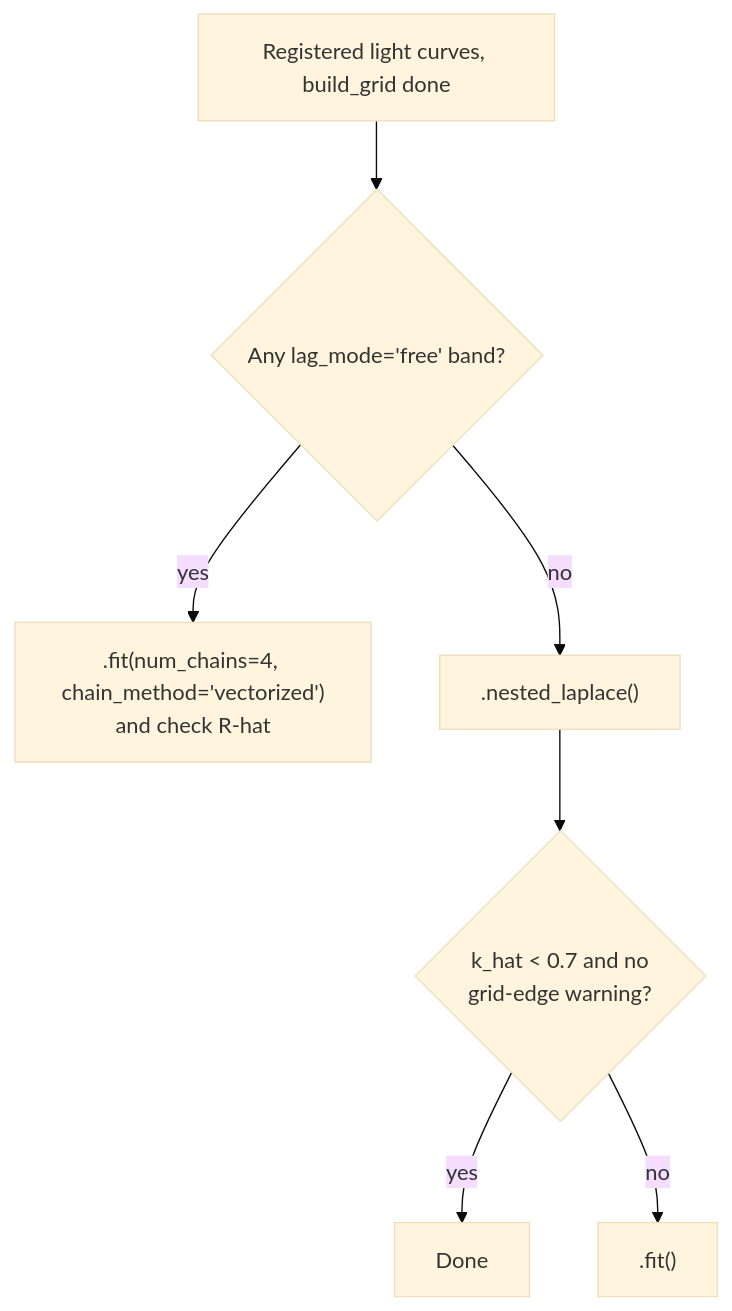
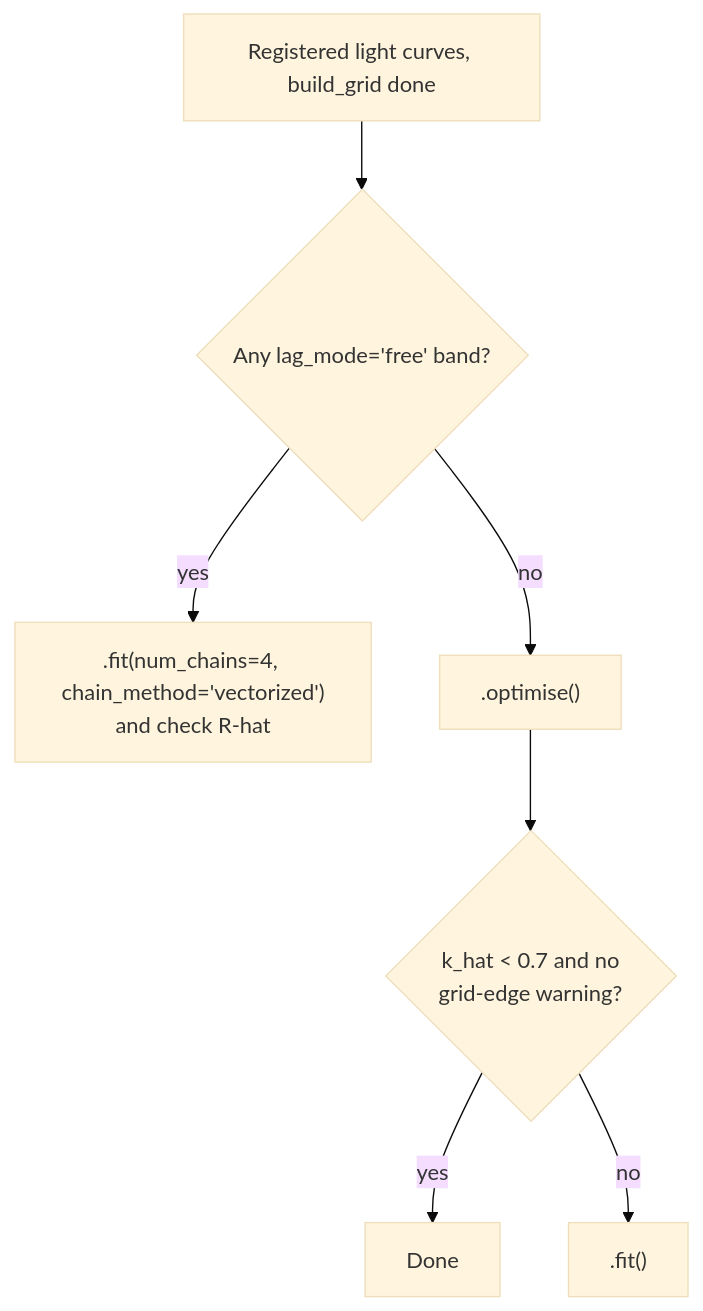
One commit to drds1/pycream2 changed the diagram in docs/fitting_guide.md. Above: the diagram before and after it, drawn with Mermaid (base theme). The commit also changed other lines of this file and 23 other files, not shown here.

First line of the commit message:
Make nested Laplace the default direct solve: optimise(method="nested_laplace")

````diff
--- a/docs/fitting_guide.md
+++ b/docs/fitting_guide.md
@@ -50,9 +52,9 @@
 ```mermaid
 flowchart TD
     A[Registered light curves, build_grid done] --> B{Any lag_mode='free' band?}
     B -- yes --> C[".fit(num_chains=4, chain_method='vectorized')<br/>and check R-hat"]
-    B -- no --> D[".nested_laplace()"]
+    B -- no --> D[".optimise()"]
     D --> F{k_hat < 0.7 and no<br/>grid-edge warning?}
     F -- yes --> H[Done]
     F -- no --> G[".fit()"]
 ```
````
